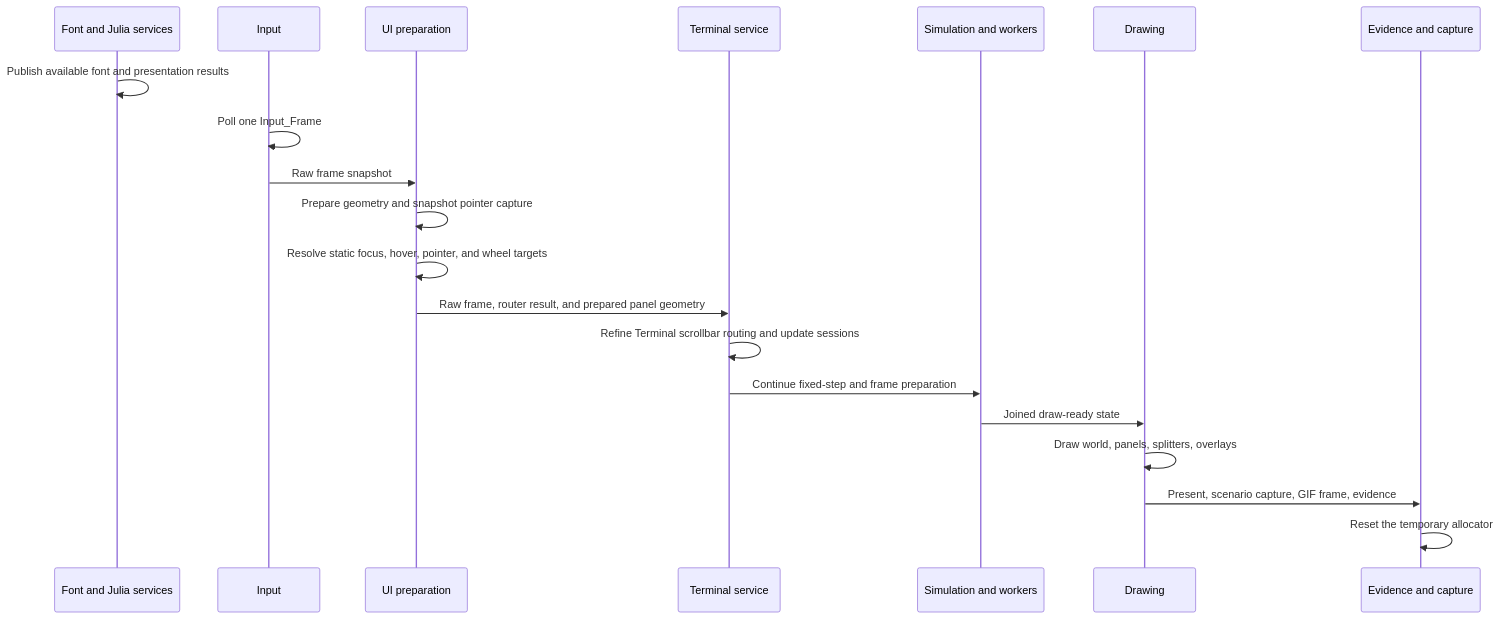
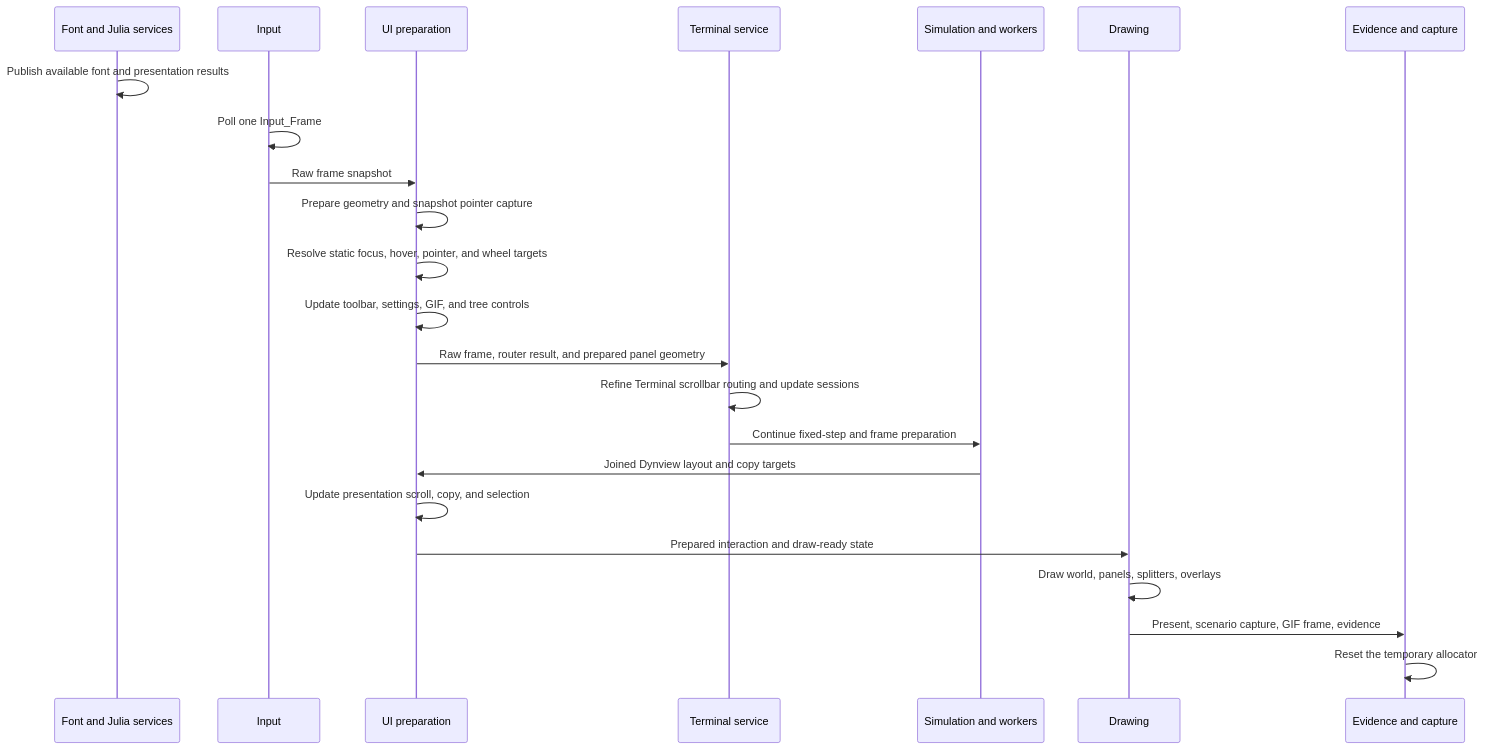
Before and after one commit to derekshoneycutt/Euclid: the second of 5 diagrams in docs/wiki/Guides/UiSystem.md, drawn with Mermaid. The commit also changed other lines of this file and 22 other files, not shown here.

````diff
--- a/docs/wiki/Guides/UiSystem.md
+++ b/docs/wiki/Guides/UiSystem.md
@@ -149,23 +150,26 @@
 ```mermaid
 sequenceDiagram
     participant F as Font and Julia services
     participant I as Input
     participant U as UI preparation
     participant T as Terminal service
     participant S as Simulation and workers
     participant D as Drawing
     participant E as Evidence and capture
 
     F->>F: Publish available font and presentation results
     I->>I: Poll one Input_Frame
     I->>U: Raw frame snapshot
     U->>U: Prepare geometry and snapshot pointer capture
     U->>U: Resolve static focus, hover, pointer, and wheel targets
+    U->>U: Update toolbar, settings, GIF, and tree controls
     U->>T: Raw frame, router result, and prepared panel geometry
     T->>T: Refine Terminal scrollbar routing and update sessions
     T->>S: Continue fixed-step and frame preparation
-    S->>D: Joined draw-ready state
+    S->>U: Joined Dynview layout and copy targets
+    U->>U: Update presentation scroll, copy, and selection
+    U->>D: Prepared interaction and draw-ready state
     D->>D: Draw world, panels, splitters, overlays
     D->>E: Present, scenario capture, GIF frame, evidence
     E->>E: Reset the temporary allocator
 ```
````
